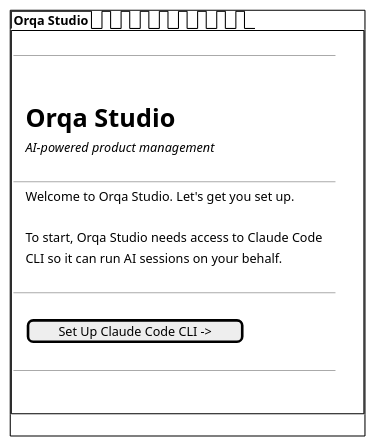
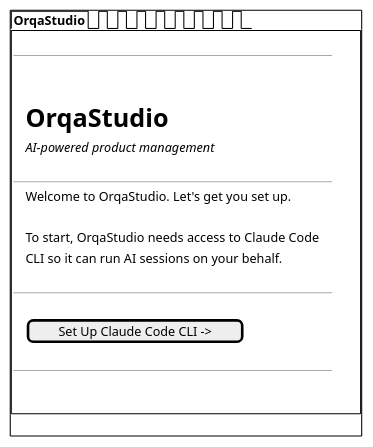
Before and after one commit to orqastudio/app: the second of 14 diagrams in docs/wireframes/settings-onboarding.md, drawn with PlantUML. The commit also changed other lines of this file and 177 other files, not shown here.

````diff
--- a/docs/wireframes/settings-onboarding.md
+++ b/docs/wireframes/settings-onboarding.md
@@ -106,32 +106,32 @@
 ```plantuml
 @startsalt
 {+
-  {/ <b>Orqa Studio</b> | . | . | . | . | . | . | . | . }
+  {/ <b>OrqaStudio</b> | . | . | . | . | . | . | . | . }
   {+
     {
       . | . | . | . | . | .
       ---
       .
       .
-      { . | . | <b><size:24>Orqa Studio</size></b> | . | . }
+      { . | . | <b><size:24>OrqaStudio</size></b> | . | . }
       { . | . | <i>AI-powered product management</i> | . | . }
       .
       ---
-      { . | . | Welcome to Orqa Studio. Let's get you set up. | . | . }
+      { . | . | Welcome to OrqaStudio. Let's get you set up. | . | . }
       .
-      { . | . | To start, Orqa Studio needs access to Claude Code | . | . }
+      { . | . | To start, OrqaStudio needs access to Claude Code | . | . }
       { . | . | CLI so it can run AI sessions on your behalf. | . | . }
       .
       ---
       .
       { . | . | [Set Up Claude Code CLI ->] | . | . }
       .
       ---
       .
       .
     }
   }
   { . | . | . | . | . | . | . | . | . }
 }
 @endsalt
 ```
````
